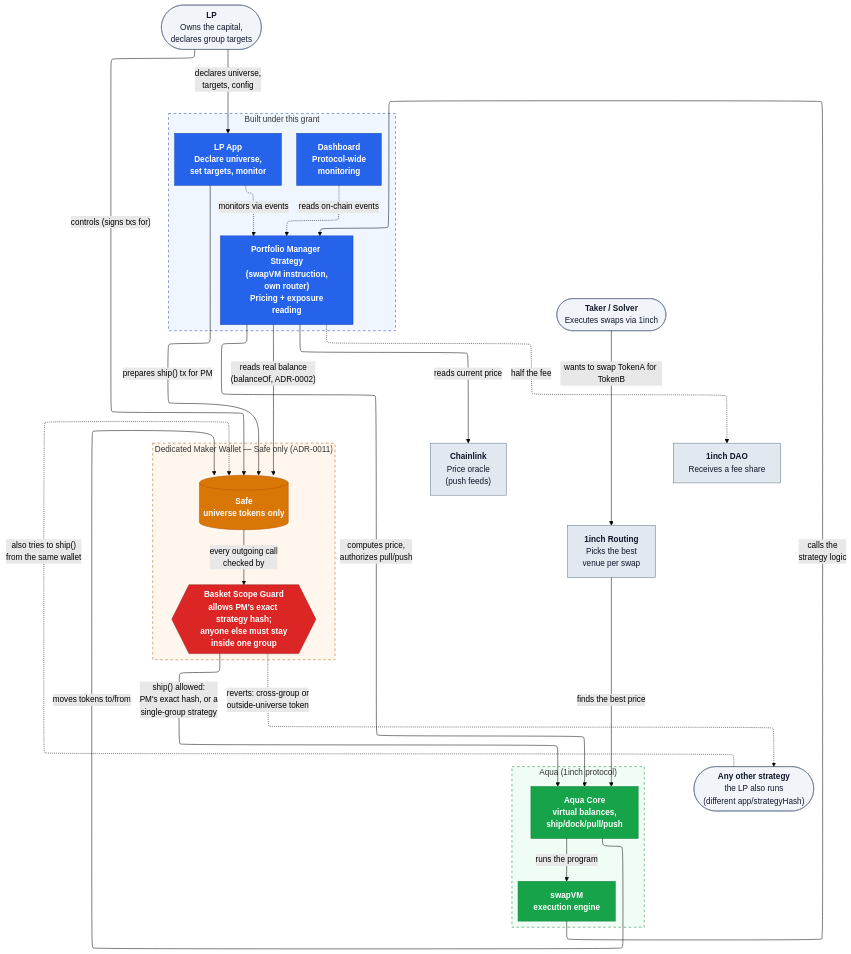
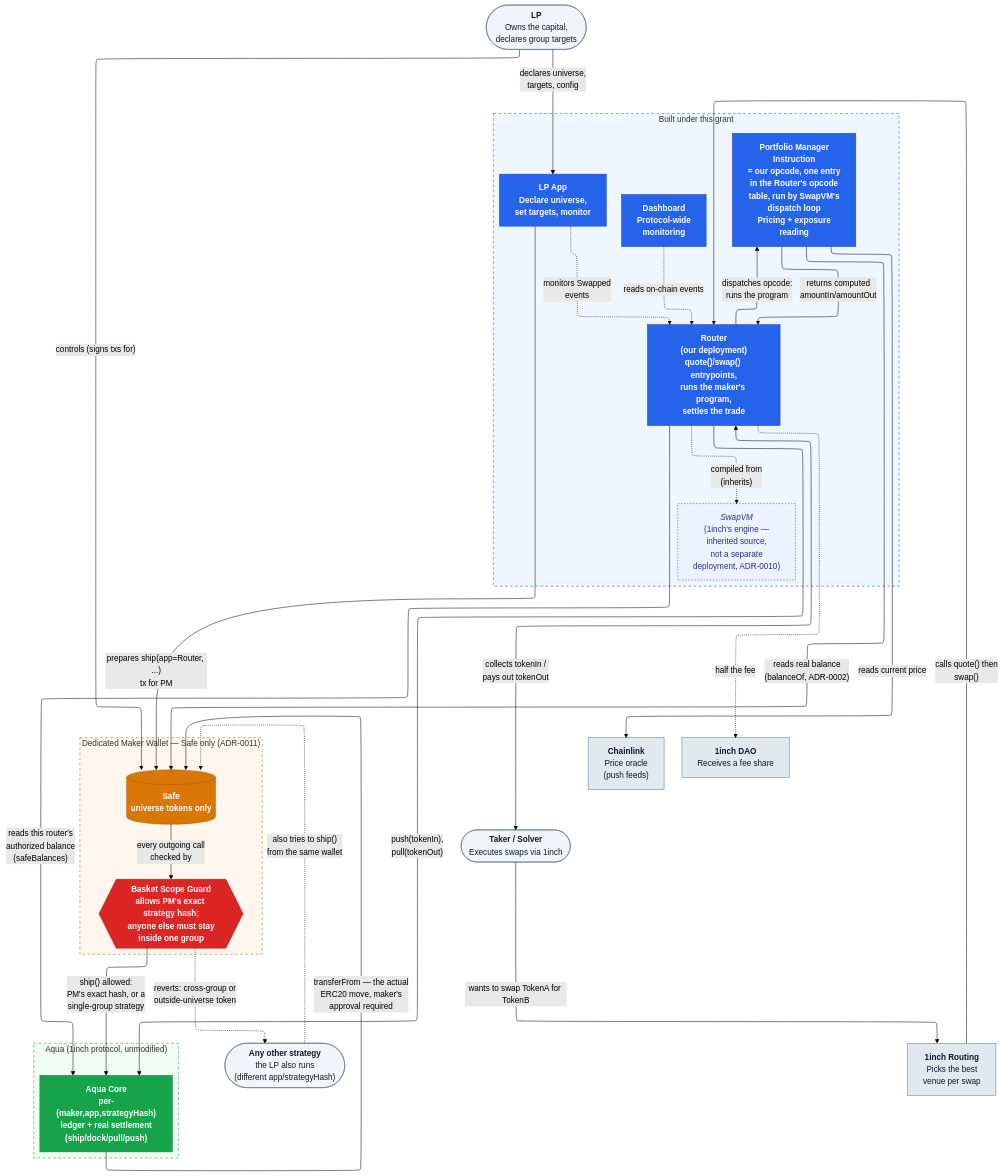
The first of 2 diagrams in docs/ARCHITECTURE.md (bleu/aqua-portfolio-manager), drawn with Mermaid (forest theme) before and after one commit. The commit also changed other lines of this file and 3 other files, not shown here.

````diff
--- a/docs/ARCHITECTURE.md
+++ b/docs/ARCHITECTURE.md
@@ -72,69 +72,76 @@
 ```mermaid
 %%{init: {"flowchart": {"defaultRenderer": "elk"}} }%%
 flowchart TD
     LP(["<b>LP</b><br/>Owns the capital,<br/>declares group targets"])
     Taker(["<b>Taker / Solver</b><br/>Executes swaps via 1inch"])
     OtherStrategy(["<b>Any other strategy</b><br/>the LP also runs<br/>(different app/strategyHash)"])
 
     subgraph BleuScope["Built under this grant"]
         LPApp["<b>LP App</b><br/>Declare universe,<br/>set targets, monitor"]
         Dashboard["<b>Dashboard</b><br/>Protocol-wide<br/>monitoring"]
-        Strategy["<b>Portfolio Manager Strategy</b><br/>(swapVM instruction,<br/>own router)<br/>Pricing + exposure<br/>reading"]
+        Router["<b>Router</b><br/>(our deployment)<br/>quote()/swap() entrypoints,<br/>runs the maker's program,<br/>settles the trade"]
+        SwapVMLib["<i>SwapVM</i><br/>(1inch's engine —<br/>inherited source,<br/>not a separate<br/>deployment, ADR-0010)"]
+        Strategy["<b>Portfolio Manager<br/>Instruction</b><br/>= our opcode, one entry<br/>in the Router's opcode<br/>table, run by SwapVM's<br/>dispatch loop<br/>Pricing + exposure<br/>reading"]
     end
 
     subgraph WalletScope["Dedicated Maker Wallet — Safe only (ADR-0011)"]
         Wallet[("<b>Safe</b><br/>universe tokens only")]
         Guard{{"<b>Basket Scope Guard</b><br/>allows PM's exact strategy hash;<br/>anyone else must stay<br/>inside one group"}}
     end
 
-    subgraph AquaCore["Aqua (1inch protocol)"]
-        Aqua["Aqua Core<br/>virtual balances,<br/>ship/dock/pull/push"]
-        SwapVM["swapVM<br/>execution engine"]
+    subgraph AquaCore["Aqua (1inch protocol, unmodified)"]
+        Aqua["<b>Aqua Core</b><br/>per-(maker,app,strategyHash)<br/>ledger + real settlement<br/>(ship/dock/pull/push)"]
     end
 
     Chainlink["<b>Chainlink</b><br/>Price oracle<br/>(push feeds)"]
     Routing["<b>1inch Routing</b><br/>Picks the best<br/>venue per swap"]
     DAO["<b>1inch DAO</b><br/>Receives a fee share"]
 
     LP -->|"declares universe,<br/>targets, config"| LPApp
-    LPApp -.->|"monitors via events"| Strategy
+    LPApp -.->|"monitors Swapped<br/>events"| Router
     LP -->|"controls (signs txs for)"| Wallet
 
-    LPApp -->|"prepares ship() tx for PM"| Wallet
+    LPApp -->|"prepares ship(app=Router, ...)<br/>tx for PM"| Wallet
     OtherStrategy -.->|"also tries to ship()<br/>from the same wallet"| Wallet
     Wallet -->|"every outgoing call<br/>checked by"| Guard
     Guard -->|"ship() allowed:<br/>PM's exact hash, or a<br/>single-group strategy"| Aqua
     Guard -.->|"reverts: cross-group or<br/>outside-universe token"| OtherStrategy
 
     Taker -->|"wants to swap TokenA for TokenB"| Routing
-    Routing -->|"finds the best price"| Aqua
-    Aqua -->|"runs the program"| SwapVM
-    SwapVM -->|"calls the<br/>strategy logic"| Strategy
+    Routing -->|"calls quote() then<br/>swap()"| Router
 
+    Router -.->|"compiled from<br/>(inherits)"| SwapVMLib
+    Router -->|"reads this router's<br/>authorized balance<br/>(safeBalances)"| Aqua
+    Router -->|"dispatches opcode:<br/>runs the program"| Strategy
     Strategy -->|"reads real balance<br/>(balanceOf, ADR-0002)"| Wallet
     Strategy -->|"reads current price"| Chainlink
-    Strategy -->|"computes price,<br/>authorizes pull/push"| Aqua
-    Aqua -->|"moves tokens to/from"| Wallet
+    Strategy -->|"returns computed<br/>amountIn/amountOut"| Router
 
-    Strategy -.->|"half the fee"| DAO
+    Router <-->|"collects tokenIn /<br/>pays out tokenOut"| Taker
+    Router -->|"push(tokenIn),<br/>pull(tokenOut)"| Aqua
+    Aqua -->|"transferFrom — the actual<br/>ERC20 move, maker's<br/>approval required"| Wallet
 
-    Dashboard -.->|"reads on-chain events"| Strategy
+    Router -.->|"half the fee"| DAO
+
+    Dashboard -.->|"reads on-chain events"| Router
 
     classDef actor fill:#f1f5f9,stroke:#64748b,color:#0f172a
     classDef bleu fill:#2563eb,stroke:#1e40af,color:#ffffff,font-weight:bold
     classDef wallet fill:#d97706,stroke:#b45309,color:#ffffff,font-weight:bold
     classDef guard fill:#dc2626,stroke:#991b1b,color:#ffffff,font-weight:bold
     classDef aqua fill:#16a34a,stroke:#15803d,color:#ffffff,font-weight:bold
     classDef external fill:#e2e8f0,stroke:#64748b,color:#0f172a
+    classDef vendored fill:#eef2ff,stroke:#4338ca,color:#312e81,stroke-dasharray: 3 3
 
     class LP,Taker,OtherStrategy actor
-    class LPApp,Dashboard,Strategy bleu
+    class LPApp,Dashboard,Router,Strategy bleu
+    class SwapVMLib vendored
     class Wallet wallet
     class Guard guard
-    class Aqua,SwapVM aqua
+    class Aqua aqua
     class Chainlink,Routing,DAO external
 
     style BleuScope fill:#eff6ff,stroke:#1e40af,stroke-dasharray: 5 5
     style AquaCore fill:#f0fdf4,stroke:#15803d,stroke-dasharray: 5 5
     style WalletScope fill:#fff7ed,stroke:#b45309,stroke-dasharray: 5 5
 ```
````
